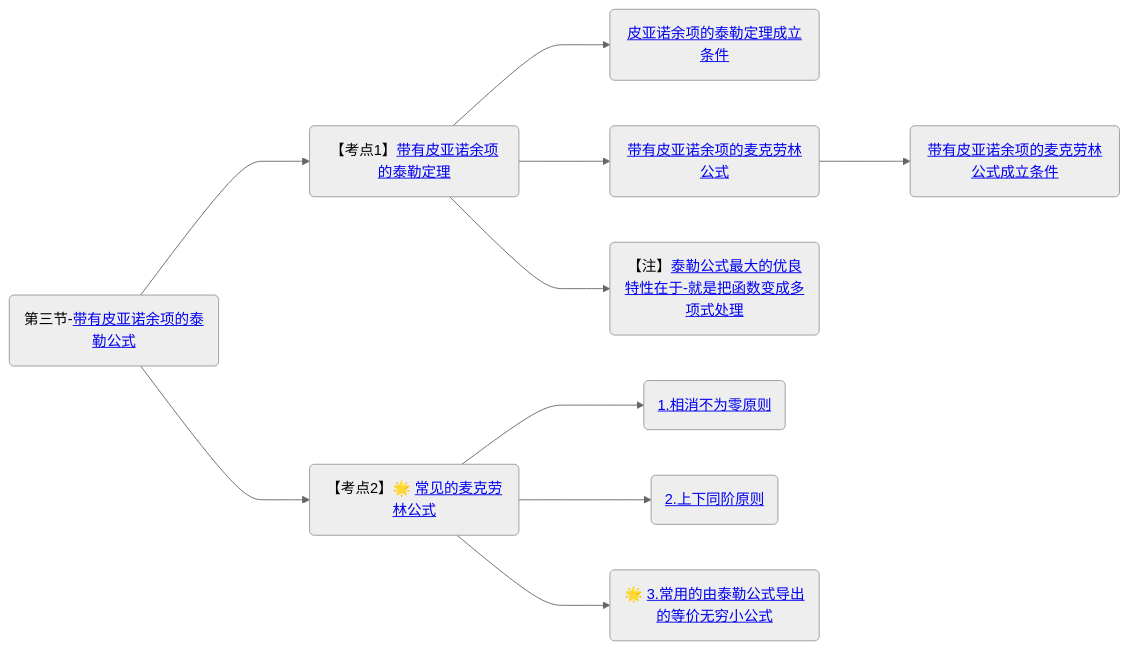
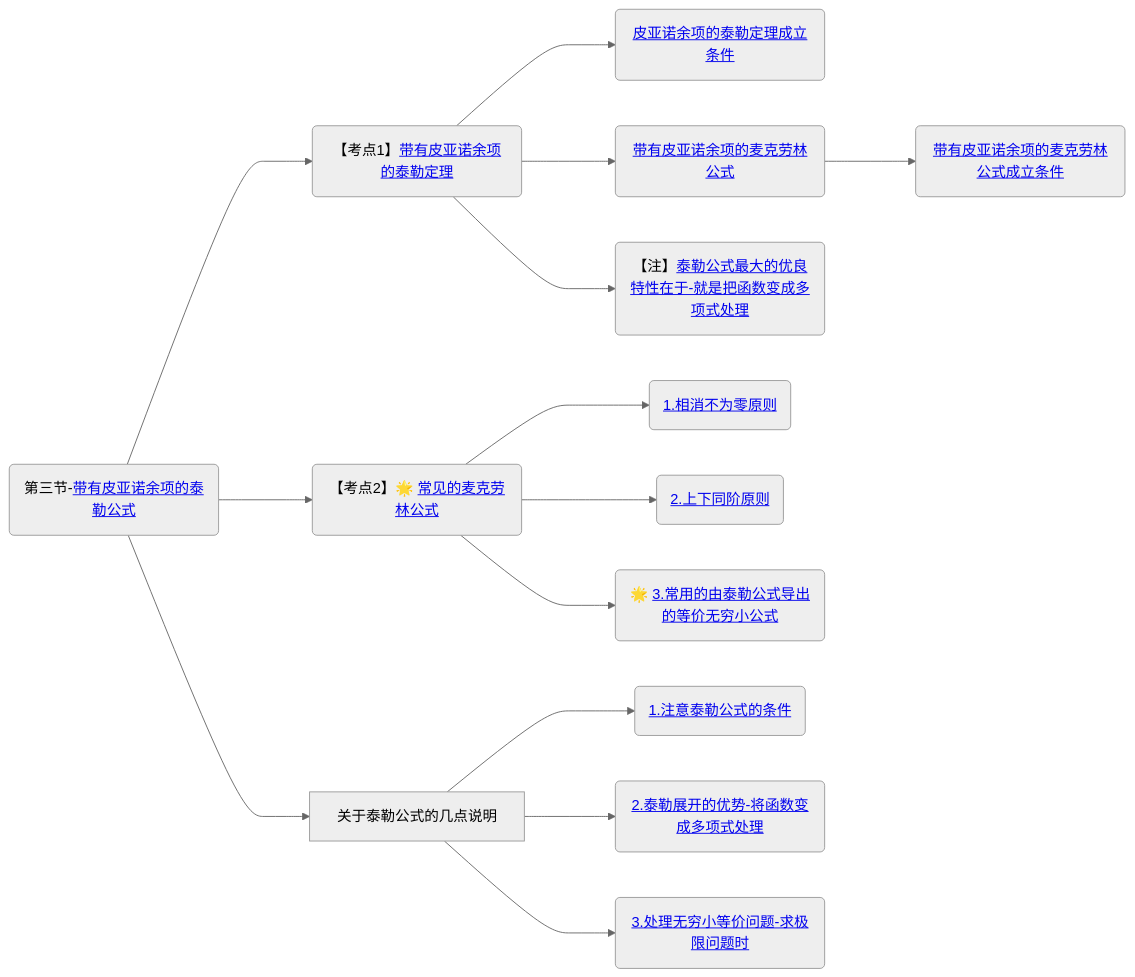
The third of 3 diagrams in 笔记/数学/周洋鑫/基础班/00.大纲.md (yuebinghui/note), drawn with Mermaid (neutral theme) before and after one commit. The commit also changed 5 other files, not shown here.

````diff
--- a/笔记/数学/周洋鑫/基础班/00.大纲.md
+++ b/笔记/数学/周洋鑫/基础班/00.大纲.md
@@ -88,18 +88,22 @@
 ```mermaid
 graph LR
 
 带有皮亚诺余项的泰勒公式(第三节-<a href="/Users/yuebinghui/Documents/program/github/note/笔记/数学/周洋鑫/基础班/03.泰勒公式-洛必达法则.md#带有皮亚诺余项的泰勒公式">带有皮亚诺余项的泰勒公式</>)
 
 带有皮亚诺余项的泰勒公式--->带有皮亚诺余项的泰勒定理(【考点1】<a href="/Users/yuebinghui/Documents/program/github/note/笔记/数学/周洋鑫/基础班/03.泰勒公式-洛必达法则.md#带有皮亚诺余项的泰勒定理">带有皮亚诺余项的泰勒定理</>)
 带有皮亚诺余项的泰勒定理--->皮亚诺余项的泰勒定理成立条件(<a href="/Users/yuebinghui/Documents/program/github/note/笔记/数学/周洋鑫/基础班/03.泰勒公式-洛必达法则.md#皮亚诺余项的泰勒定理成立条件">皮亚诺余项的泰勒定理成立条件</>)
 带有皮亚诺余项的泰勒定理--->带有皮亚诺余项的麦克劳林公式(<a href="/Users/yuebinghui/Documents/program/github/note/笔记/数学/周洋鑫/基础班/03.泰勒公式-洛必达法则.md#带有皮亚诺余项的麦克劳林公式">带有皮亚诺余项的麦克劳林公式</>)
 带有皮亚诺余项的麦克劳林公式--->带有皮亚诺余项的麦克劳林公式成立条件(<a href="/Users/yuebinghui/Documents/program/github/note/笔记/数学/周洋鑫/基础班/03.泰勒公式-洛必达法则.md#带有皮亚诺余项的麦克劳林公式成立条件">带有皮亚诺余项的麦克劳林公式成立条件</>)
 带有皮亚诺余项的泰勒定理--->泰勒公式最大的优良特性在于-就是把函数变成多项式处理(【注】<a href="/Users/yuebinghui/Documents/program/github/note/笔记/数学/周洋鑫/基础班/03.泰勒公式-洛必达法则.md#泰勒公式最大的优良特性在于-就是把函数变成多项式处理">泰勒公式最大的优良特性在于-就是把函数变成多项式处理</>)
 
 带有皮亚诺余项的泰勒公式--->常见的麦克劳林公式(【考点2】🌟 <a href="/Users/yuebinghui/Documents/program/github/note/笔记/数学/周洋鑫/基础班/03.泰勒公式-洛必达法则.md#常见的麦克劳林公式">常见的麦克劳林公式</>)
 常见的麦克劳林公式--->1.相消不为零原则(<a href="/Users/yuebinghui/Documents/program/github/note/笔记/数学/周洋鑫/基础班/03.泰勒公式-洛必达法则.md#1.相消不为零原则">1.相消不为零原则</>)
 常见的麦克劳林公式--->2.上下同阶原则(<a href="/Users/yuebinghui/Documents/program/github/note/笔记/数学/周洋鑫/基础班/03.泰勒公式-洛必达法则.md#2.上下同阶原则">2.上下同阶原则</>)
 常见的麦克劳林公式--->3.常用的由泰勒公式导出的等价无穷小公式(🌟 <a href="/Users/yuebinghui/Documents/program/github/note/笔记/数学/周洋鑫/基础班/03.泰勒公式-洛必达法则.md#3.常用的由泰勒公式导出的等价无穷小公式">3.常用的由泰勒公式导出的等价无穷小公式</>)
+带有皮亚诺余项的泰勒公式--->关于泰勒公式的几点说明
+关于泰勒公式的几点说明--->1.注意泰勒公式的条件(<a href="/Users/yuebinghui/Documents/program/github/note/笔记/数学/周洋鑫/基础班/03.泰勒公式-洛必达法则.md#1.注意泰勒公式的条件">1.注意泰勒公式的条件</>)
+关于泰勒公式的几点说明--->2.泰勒展开的优势-将函数变成多项式处理(<a href="/Users/yuebinghui/Documents/program/github/note/笔记/数学/周洋鑫/基础班/03.泰勒公式-洛必达法则.md#2.泰勒展开的优势-将函数变成多项式处理">2.泰勒展开的优势-将函数变成多项式处理</>)
+关于泰勒公式的几点说明--->3.处理无穷小等价问题-求极限问题时(<a href="/Users/yuebinghui/Documents/program/github/note/笔记/数学/周洋鑫/基础班/03.泰勒公式-洛必达法则.md#3.处理无穷小等价问题-求极限问题时">3.处理无穷小等价问题-求极限问题时</>)
 
 
 ```
````
